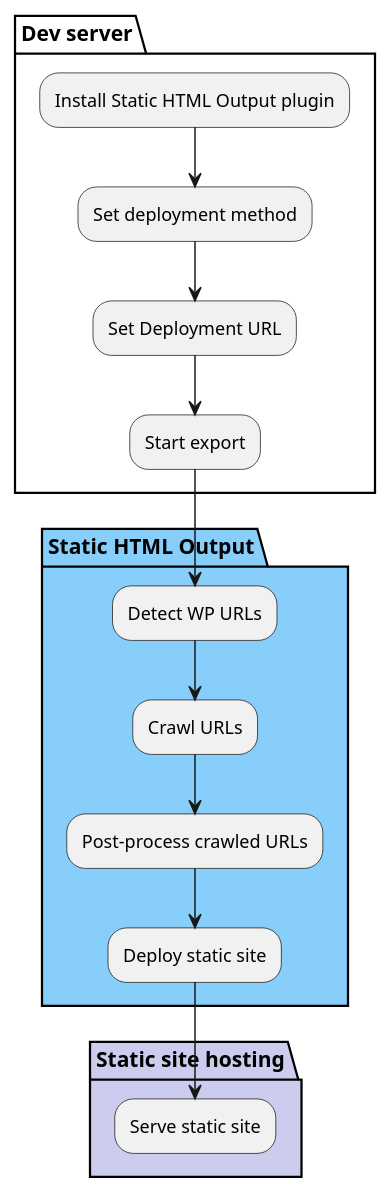
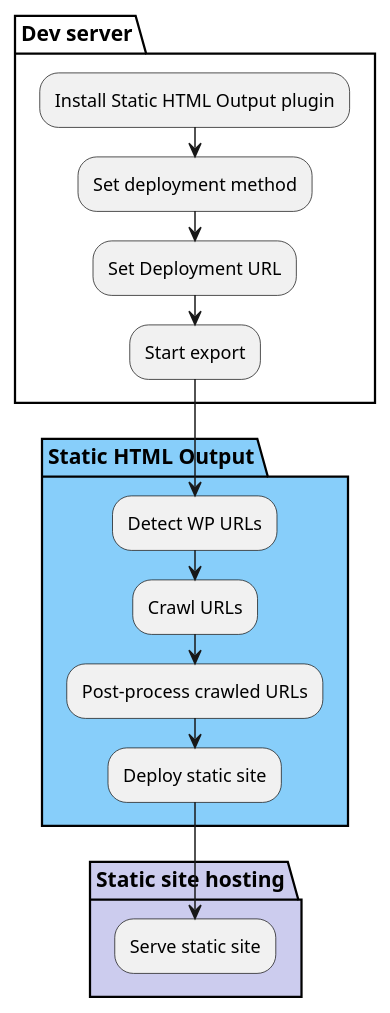
The diagram in docs/intro/how-it-works.rst (WP2Static/statichtmloutput-docs), drawn with PlantUML before and after one commit.

Commit message:
adjust diagram spacing

```diff
--- a/docs/intro/how-it-works.rst
+++ b/docs/intro/how-it-works.rst
@@ -5,19 +5,21 @@
 .. uml::
+
+  skinparam ranksep 20
 
   partition "Dev server" {
     "Install Static HTML Output plugin" --> Set deployment method
     --> Set Deployment URL
     --> "Start export"
   }
 
   partition "Static HTML Output" #LightSkyBlue {
     "Start export" --> "Detect WP URLs"
     "Detect WP URLs" --> Crawl URLs
     --> Post-process crawled URLs
     --> Deploy static site
   }
 
 
   partition "Static site hosting" #CCCCEE {
     "Deploy static site" --> Serve static site
   }
```
